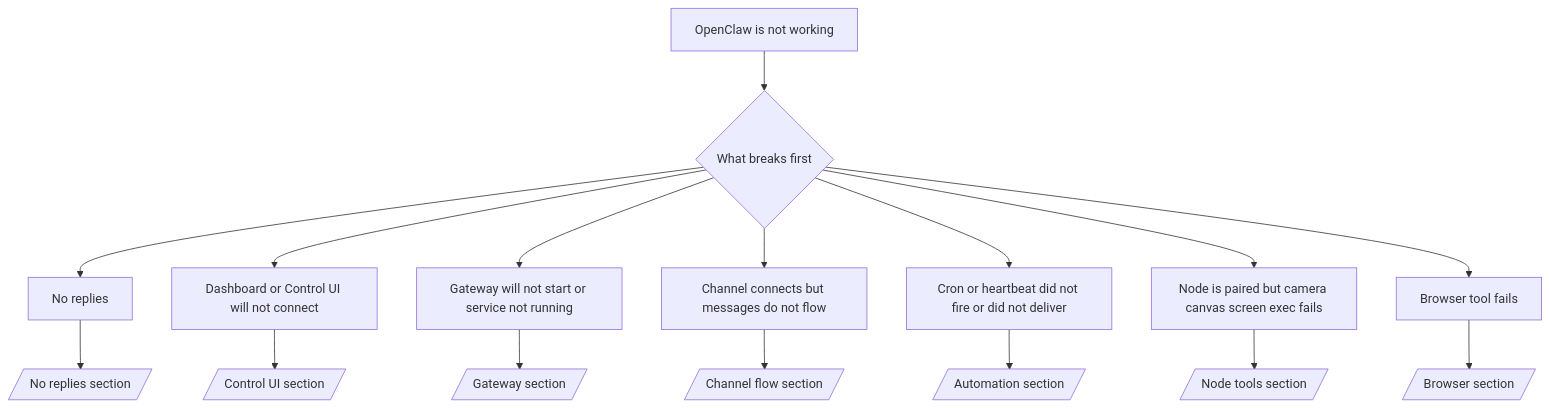
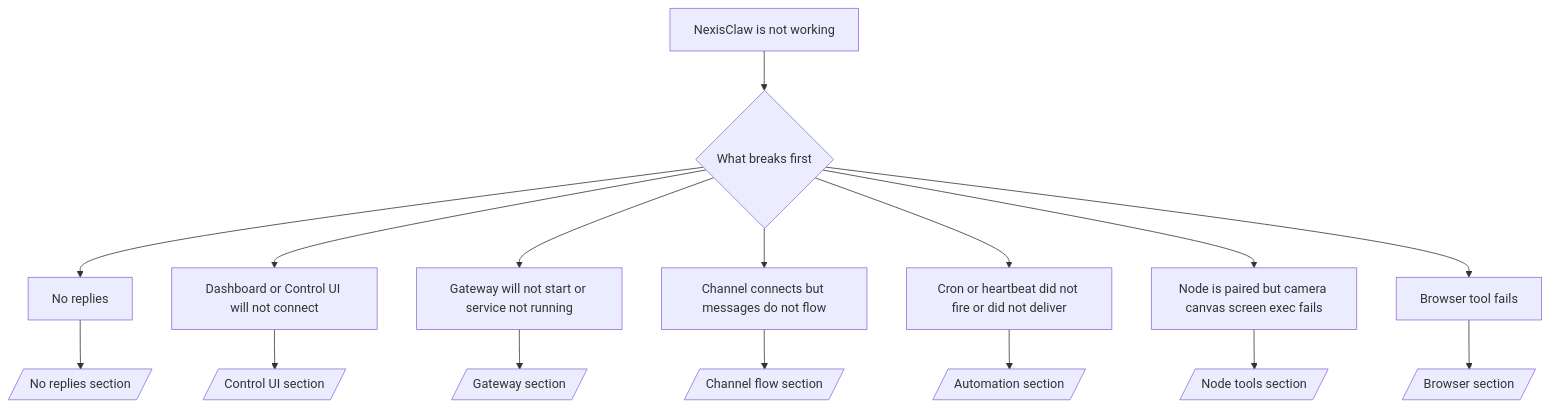
The diagram in docs/help/troubleshooting.md (greench-ai/greench-claw), drawn with Mermaid before and after one commit. The commit also changed other lines of this file and 9498 other files, not shown here.

First line of the commit message:
chore: rebrand OpenClaw → NexisClaw

````diff
--- a/docs/help/troubleshooting.md
+++ b/docs/help/troubleshooting.md
@@ -119,19 +119,19 @@
 ```mermaid
 flowchart TD
-  A[OpenClaw is not working] --> B{What breaks first}
+  A[NexisClaw is not working] --> B{What breaks first}
   B --> C[No replies]
   B --> D[Dashboard or Control UI will not connect]
   B --> E[Gateway will not start or service not running]
   B --> F[Channel connects but messages do not flow]
   B --> G[Cron or heartbeat did not fire or did not deliver]
   B --> H[Node is paired but camera canvas screen exec fails]
   B --> I[Browser tool fails]
 
   C --> C1[/No replies section/]
   D --> D1[/Control UI section/]
   E --> E1[/Gateway section/]
   F --> F1[/Channel flow section/]
   G --> G1[/Automation section/]
   H --> H1[/Node tools section/]
   I --> I1[/Browser section/]
 ```
````
